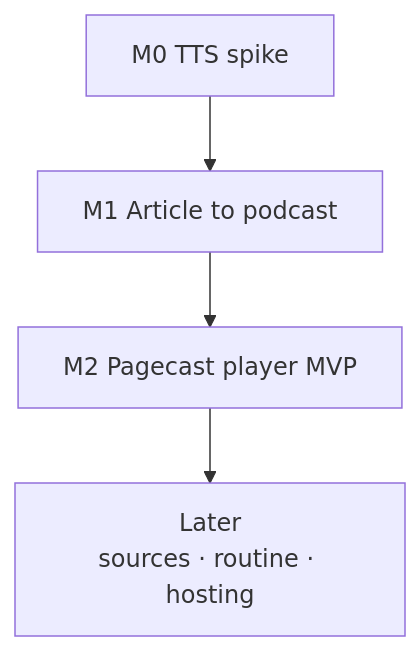
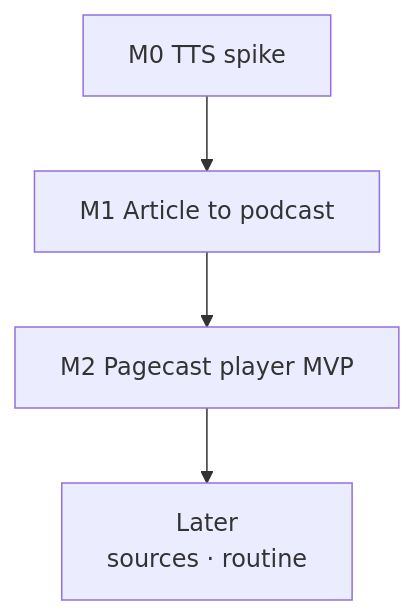
The diagram in .docs/roadmap.md (nahueltaibo/article-to-podcast), drawn with Mermaid before and after one commit. The commit also changed other lines of this file and 4 other files, not shown here.

````diff
--- a/.docs/roadmap.md
+++ b/.docs/roadmap.md
@@ -5,6 +5,6 @@
 ```mermaid
 flowchart TD
     M0[M0 TTS spike] --> M1[M1 Article to podcast]
     M1 --> M2[M2 Pagecast player MVP]
-    M2 --> L[Later<br/>sources · routine · hosting]
+    M2 --> L[Later<br/>sources · routine]
 ```
````
